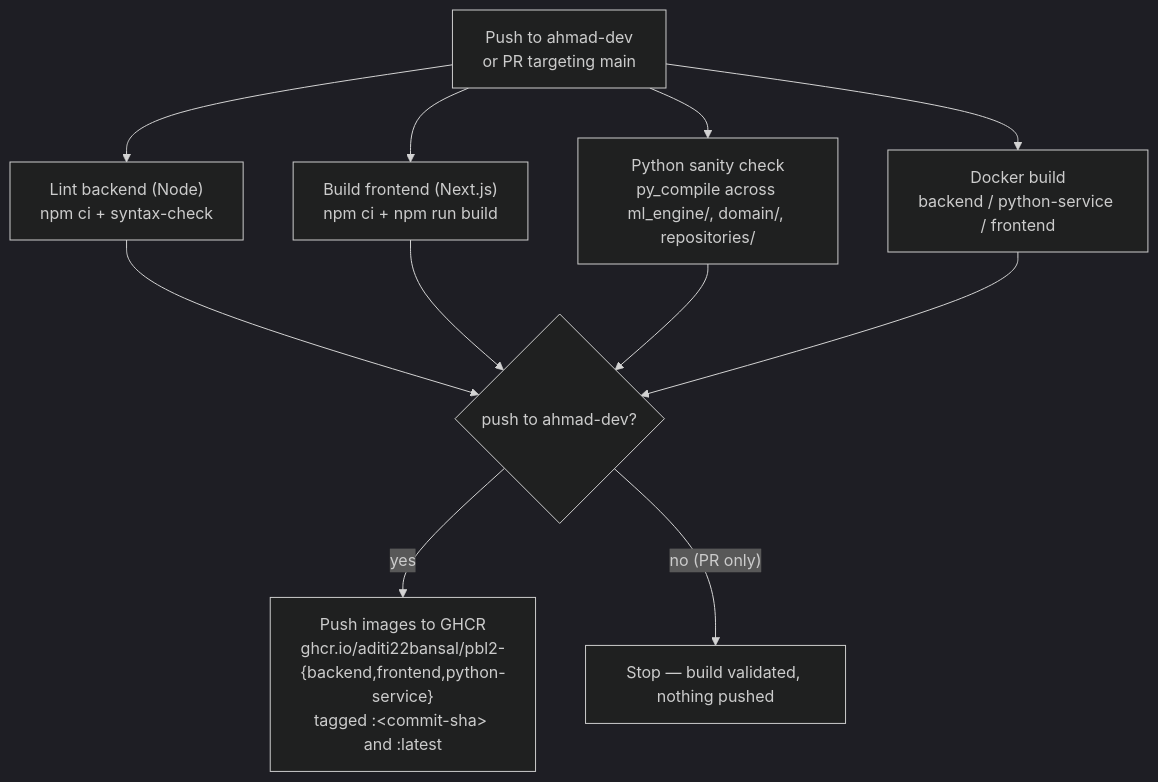
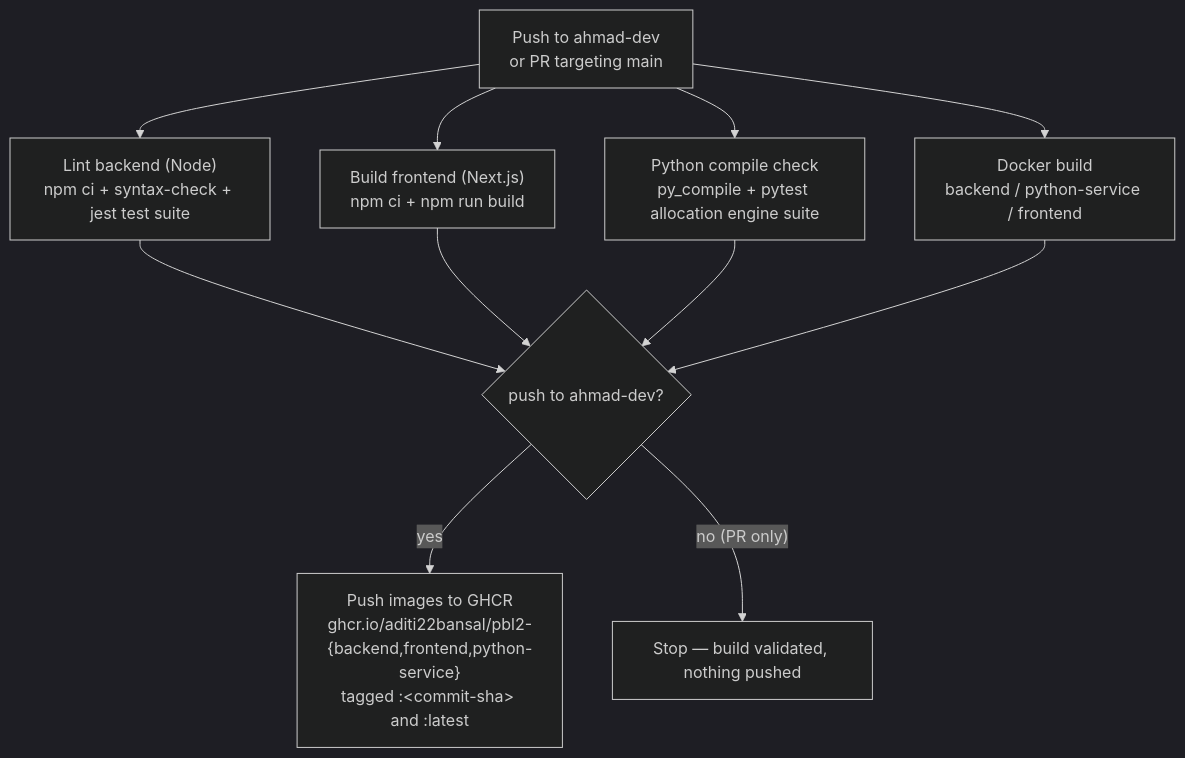
Before and after one commit to Aditi22Bansal/PBL2: the diagram in docs/ci-pipeline.md, drawn with Mermaid (dark theme). The commit also changed other lines of this file and 3 other files, not shown here.

Commit message:
docs: consistency pass reflecting completed security audit, test suites, and DevOps work; Docker/K8s cleanup of unrelated resources

````diff
--- a/docs/ci-pipeline.md
+++ b/docs/ci-pipeline.md
@@ -6,15 +6,15 @@
 ```mermaid
 flowchart TD
-    A["Push to ahmad-dev<br/>or PR targeting main"] --> B["Lint backend (Node)<br/>npm ci + syntax-check"]
+    A["Push to ahmad-dev<br/>or PR targeting main"] --> B["Lint backend (Node)<br/>npm ci + syntax-check + jest test suite"]
     A --> C["Build frontend (Next.js)<br/>npm ci + npm run build"]
-    A --> D["Python sanity check<br/>py_compile across ml_engine/, domain/, repositories/"]
+    A --> D["Python compile check<br/>py_compile + pytest allocation engine suite"]
     A --> E["Docker build<br/>backend / python-service / frontend"]
 
     B --> F{"push to ahmad-dev?"}
     C --> F
     D --> F
     E --> F
 
     F -- "yes" --> G["Push images to GHCR<br/>ghcr.io/aditi22bansal/pbl2-{backend,frontend,python-service}<br/>tagged :&lt;commit-sha&gt; and :latest"]
     F -- "no (PR only)" --> H["Stop — build validated, nothing pushed"]
 ```
````
